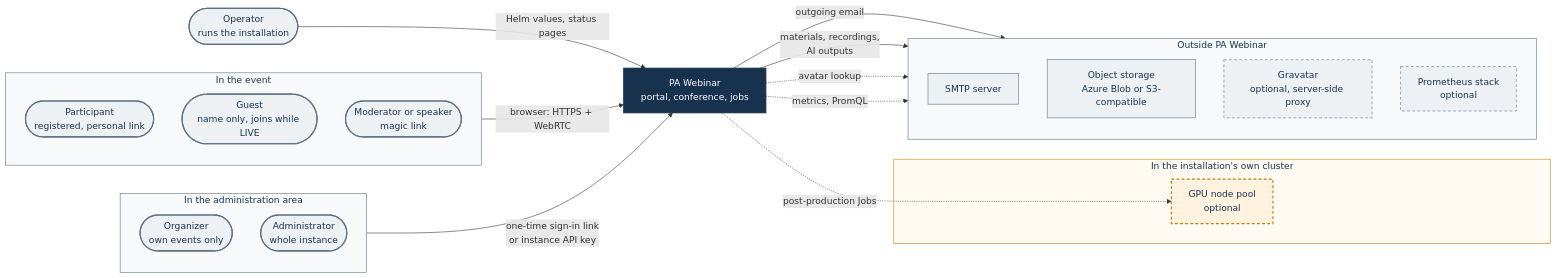
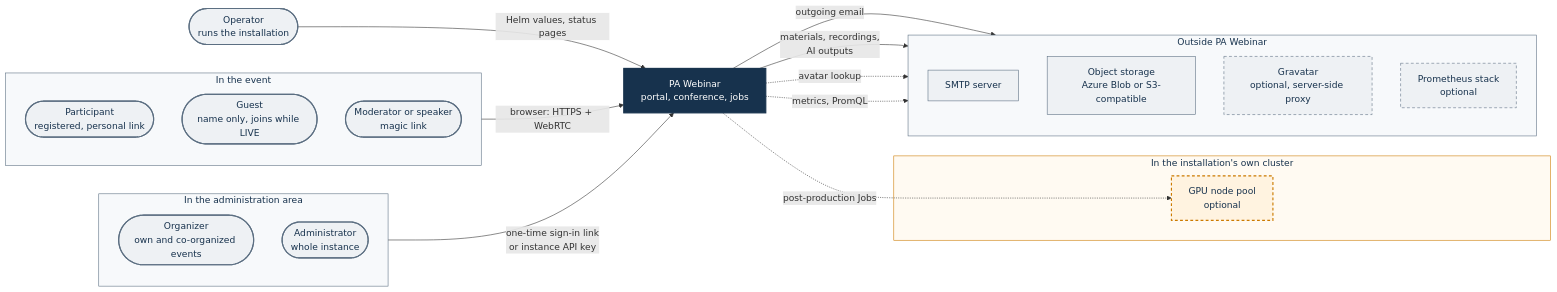
Before and after one commit to italia/pa-webinar: the first of 4 diagrams in docs/ARCHITECTURE.md, drawn with Mermaid. The commit also changed 87 other files, not shown here.

````diff
--- a/docs/ARCHITECTURE.md
+++ b/docs/ARCHITECTURE.md
@@ -16,51 +16,51 @@
 ```mermaid
 flowchart LR
   classDef person fill:#EEF1F4,stroke:#5C6F82,stroke-width:2px,color:#17324D
   classDef job fill:#FFF3E0,stroke:#CC7A00,stroke-width:2px,color:#17324D
   classDef ext fill:#EEF1F4,stroke:#5C6F82,stroke-width:1px,color:#17324D
   classDef emph fill:#17324D,stroke:#17324D,stroke-width:2px,color:#FFFFFF
   classDef optional stroke-dasharray:5 4
 
   subgraph ROOM["In the event"]
     direction TB
     PA(["Participant<br/>registered, personal link"]):::person
     GU(["Guest<br/>name only, joins while LIVE"]):::person
     MO(["Moderator or speaker<br/>magic link"]):::person
   end
   style ROOM fill:#F7F9FB,stroke:#5C6F82,color:#17324D
 
   subgraph STAFF["In the administration area"]
     direction TB
-    OR(["Organizer<br/>own events only"]):::person
+    OR(["Organizer<br/>own and co-organized events"]):::person
     AD(["Administrator<br/>whole instance"]):::person
   end
   style STAFF fill:#F7F9FB,stroke:#5C6F82,color:#17324D
 
   OP(["Operator<br/>runs the installation"]):::person
 
   PW["PA Webinar<br/>portal, conference, jobs"]:::emph
 
   subgraph CL["In the installation's own cluster"]
     GPU["GPU node pool<br/>optional"]:::job
   end
   style CL fill:#FFFAF2,stroke:#CC7A00,color:#17324D
 
   subgraph EXT["Outside PA Webinar"]
     direction TB
     SM["SMTP server"]:::ext
     OS["Object storage<br/>Azure Blob or S3-compatible"]:::ext
     GR["Gravatar<br/>optional, server-side proxy"]:::ext
     PR["Prometheus stack<br/>optional"]:::ext
   end
   style EXT fill:#F7F9FB,stroke:#5C6F82,color:#17324D
 
   ROOM -->|"browser: HTTPS + WebRTC"| PW
   STAFF -->|"one-time sign-in link<br/>or instance API key"| PW
   OP -->|"Helm values, status pages"| PW
   PW -.->|"post-production Jobs"| GPU
   PW -->|"outgoing email"| SM
   PW -->|"materials, recordings,<br/>AI outputs"| OS
   PW -.->|"avatar lookup"| GR
   PW -.->|"metrics, PromQL"| PR
   class GPU,GR,PR optional
 ```
````
